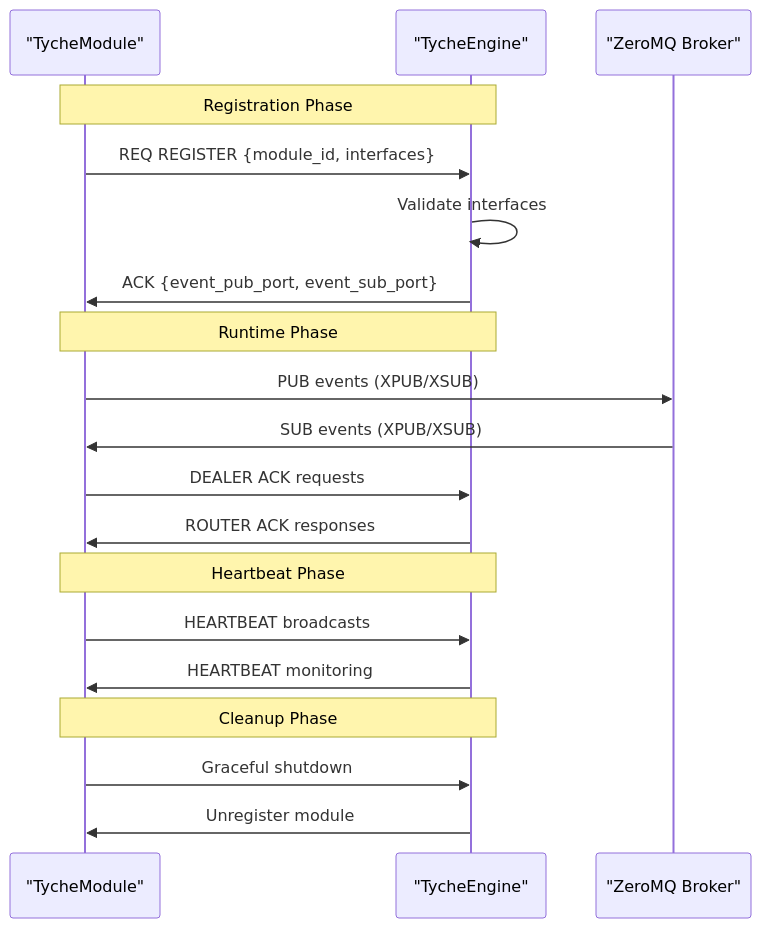
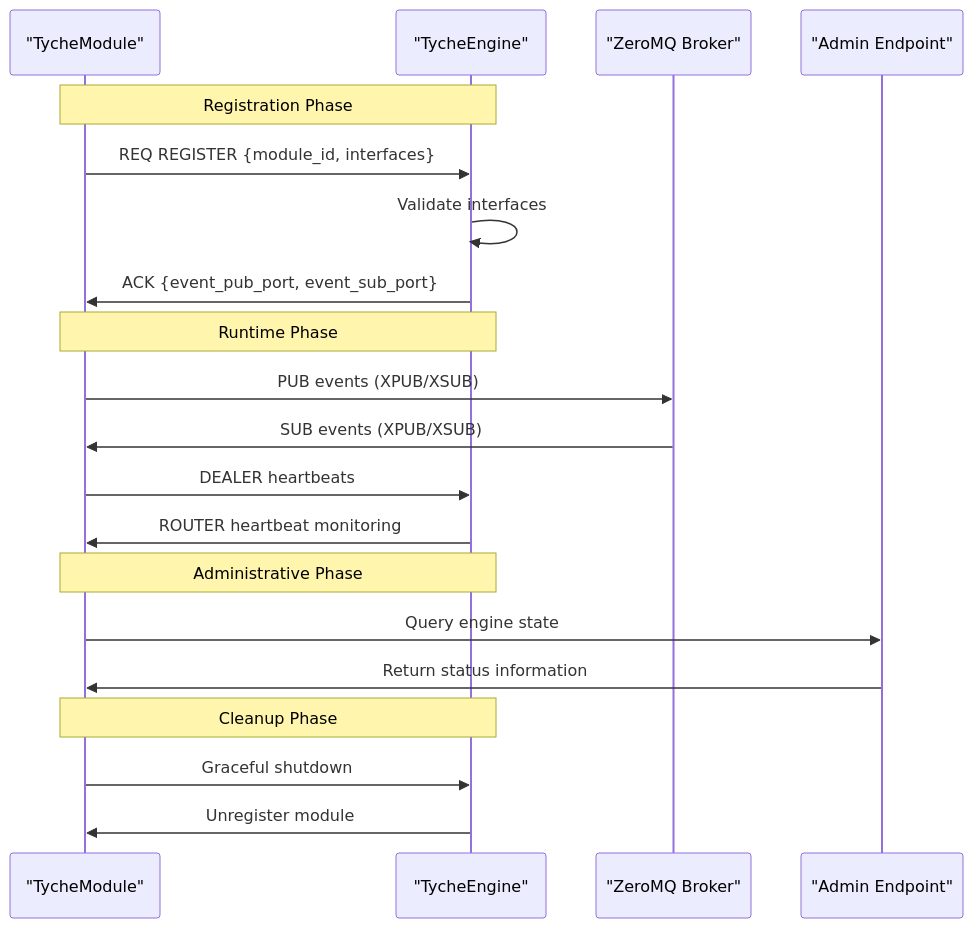
Before and after one commit to zt281/TycheEngine: the second of 8 diagrams in .qoder/repowiki/en/content/Core Components/TycheModule System.md, drawn with Mermaid. The commit also changed other lines of this file and 34 other files, not shown here.

````diff
--- a/.qoder/repowiki/en/content/Core Components/TycheModule System.md
+++ b/.qoder/repowiki/en/content/Core Components/TycheModule System.md
@@ -167,21 +169,22 @@
 ```mermaid
 sequenceDiagram
 participant Module as "TycheModule"
 participant Engine as "TycheEngine"
 participant Broker as "ZeroMQ Broker"
+participant Admin as "Admin Endpoint"
 Note over Module,Engine : Registration Phase
 Module->>Engine : REQ REGISTER {module_id, interfaces}
 Engine->>Engine : Validate interfaces
 Engine->>Module : ACK {event_pub_port, event_sub_port}
 Note over Module,Engine : Runtime Phase
 Module->>Broker : PUB events (XPUB/XSUB)
 Broker->>Module : SUB events (XPUB/XSUB)
-Module->>Engine : DEALER ACK requests
-Engine->>Module : ROUTER ACK responses
-Note over Module,Engine : Heartbeat Phase
-Module->>Engine : HEARTBEAT broadcasts
-Engine->>Module : HEARTBEAT monitoring
+Module->>Engine : DEALER heartbeats
+Engine->>Module : ROUTER heartbeat monitoring
+Note over Module,Engine : Administrative Phase
+Module->>Admin : Query engine state
+Admin->>Module : Return status information
 Note over Module,Engine : Cleanup Phase
 Module->>Engine : Graceful shutdown
 Engine->>Module : Unregister module
 ```
````
